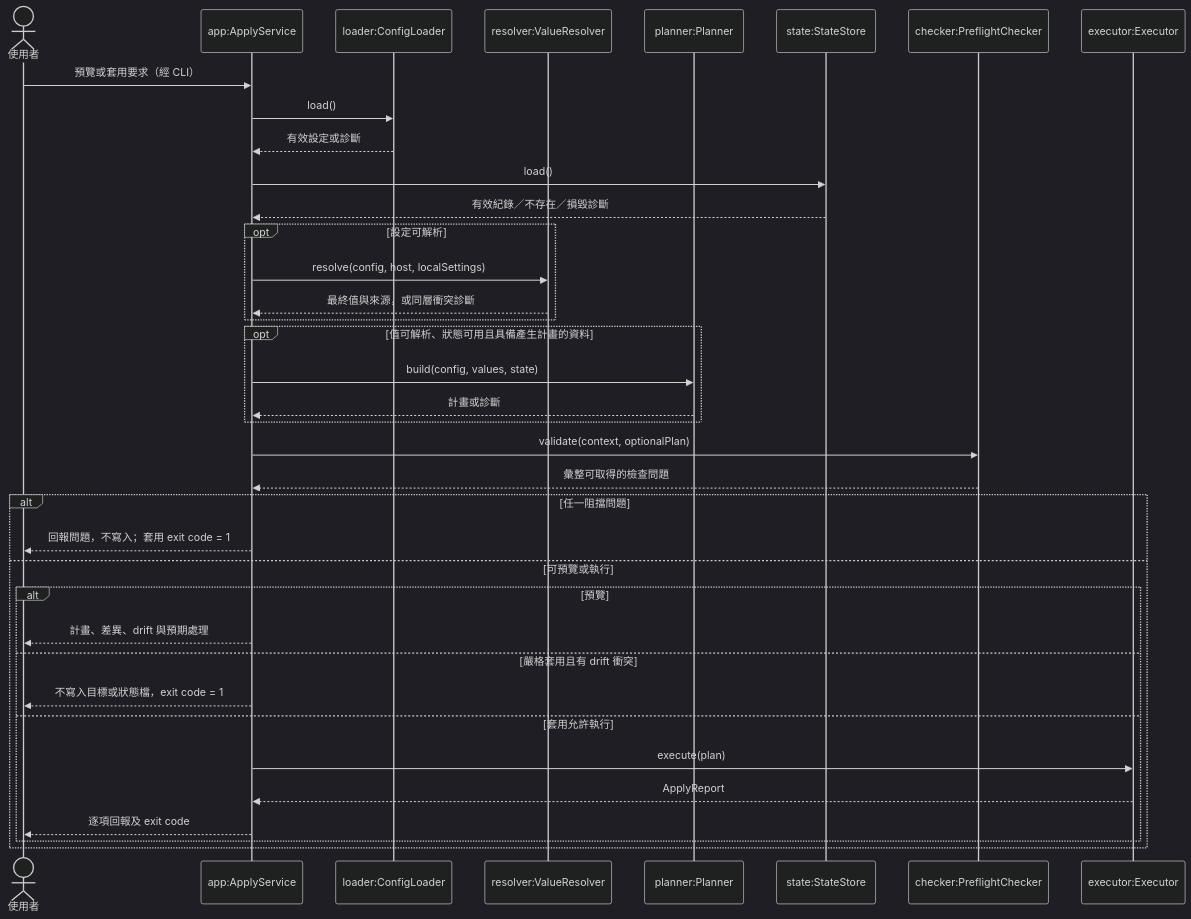
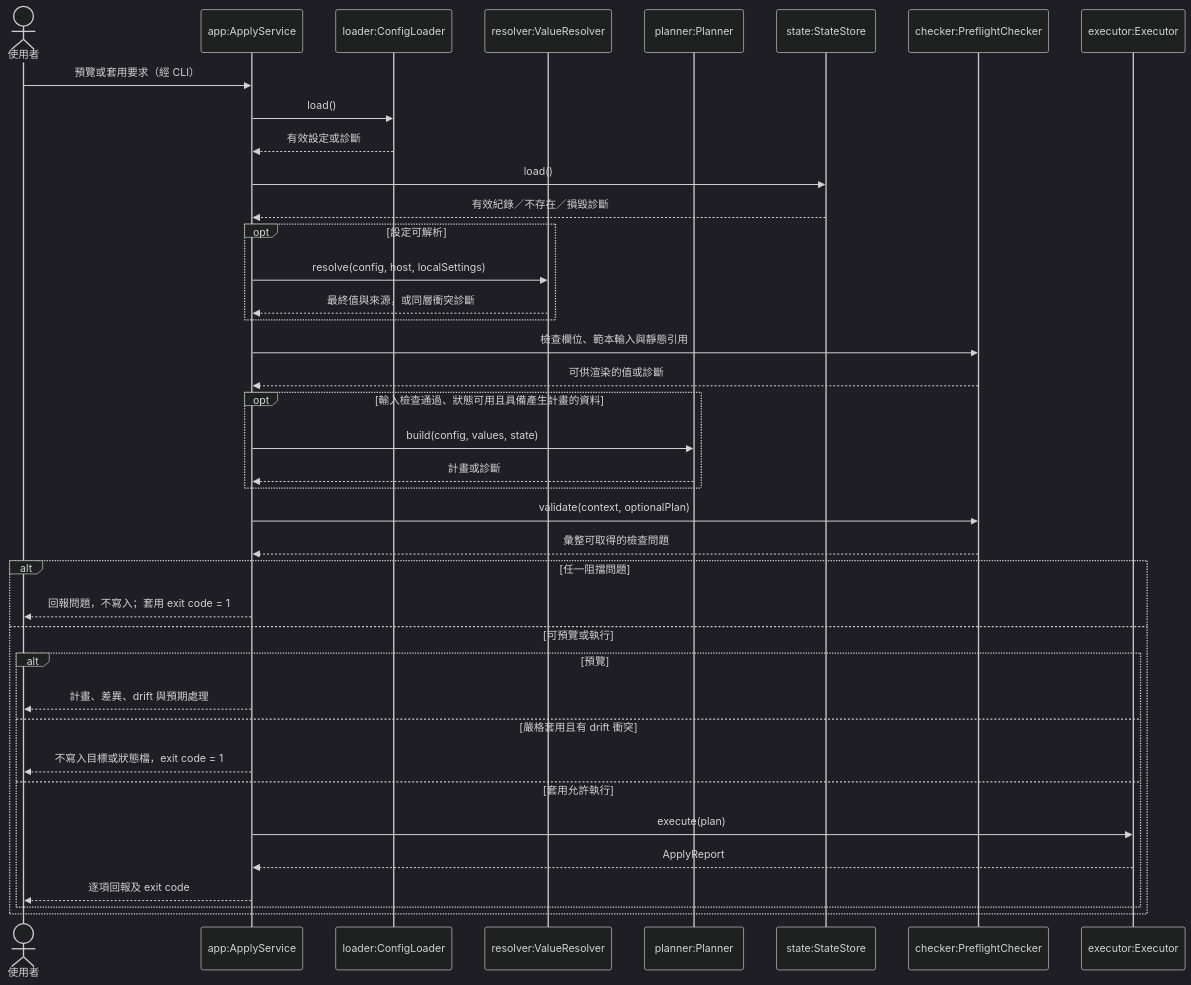
Before and after one commit to accidental-two-timer-sam-woof/rosamta-waterfall: the fifth of 10 diagrams in docs/03-preliminary-design/uml.md, drawn with Mermaid (dark theme). The commit also changed other lines of this file, not shown here.

Commit message:
docs(design): align preliminary UML with SRS 1.5

````diff
--- a/docs/03-preliminary-design/uml.md
+++ b/docs/03-preliminary-design/uml.md
@@ -363,39 +410,41 @@
 ```mermaid
 sequenceDiagram
     actor U as 使用者
     participant A as app:ApplyService
     participant C as loader:ConfigLoader
     participant V as resolver:ValueResolver
     participant P as planner:Planner
     participant S as state:StateStore
     participant K as checker:PreflightChecker
     participant E as executor:Executor
     U->>A: 預覽或套用要求（經 CLI）
     A->>C: load()
     C-->>A: 有效設定或診斷
     A->>S: load()
     S-->>A: 有效紀錄／不存在／損毀診斷
     opt 設定可解析
         A->>V: resolve(config, host, localSettings)
         V-->>A: 最終值與來源，或同層衝突診斷
     end
-    opt 值可解析、狀態可用且具備產生計畫的資料
+    A->>K: 檢查欄位、範本輸入與靜態引用
+    K-->>A: 可供渲染的值或診斷
+    opt 輸入檢查通過、狀態可用且具備產生計畫的資料
         A->>P: build(config, values, state)
         P-->>A: 計畫或診斷
     end
     A->>K: validate(context, optionalPlan)
     K-->>A: 彙整可取得的檢查問題
     alt 任一阻擋問題
         A-->>U: 回報問題，不寫入；套用 exit code = 1
     else 可預覽或執行
         alt 預覽
             A-->>U: 計畫、差異、drift 與預期處理
         else 嚴格套用且有 drift 衝突
             A-->>U: 不寫入目標或狀態檔，exit code = 1
         else 套用允許執行
             A->>E: execute(plan)
             E-->>A: ApplyReport
             A-->>U: 逐項回報及 exit code
         end
     end
 ```
````
